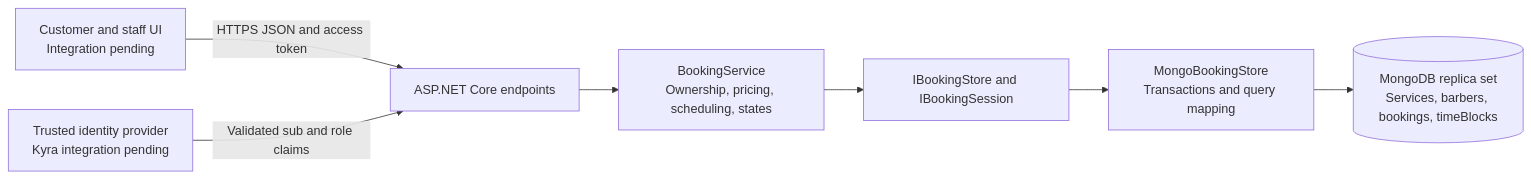
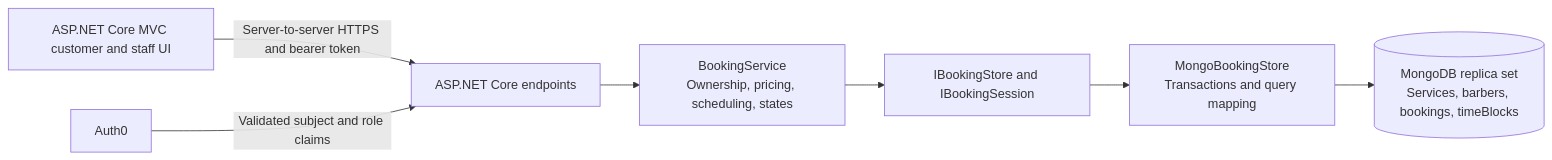
One commit to Kaehil-I/kinsmen-barbershop changed the first of 7 diagrams in docs/backend/ARCHITECTURE.md. Above: the diagram before and after it, drawn with Mermaid. The commit also changed other lines of this file and 1 other file, not shown here.

First line of the commit message:
docs(part2): align architecture evidence with deployed system

````diff
--- a/docs/backend/ARCHITECTURE.md
+++ b/docs/backend/ARCHITECTURE.md
@@ -7,9 +7,9 @@
 ```mermaid
 flowchart LR
-    UI[Customer and staff UI\nIntegration pending] -->|HTTPS JSON and access token| API[ASP.NET Core endpoints]
-    Identity[Trusted identity provider\nKyra integration pending] -->|Validated sub and role claims| API
+    UI[ASP.NET Core MVC customer and staff UI] -->|Server-to-server HTTPS and bearer token| API[ASP.NET Core endpoints]
+    Identity[Auth0] -->|Validated subject and role claims| API
     API --> Rules[BookingService\nOwnership, pricing, scheduling, states]
     Rules --> Interface[IBookingStore and IBookingSession]
     Interface --> Store[MongoBookingStore\nTransactions and query mapping]
     Store --> DB[(MongoDB replica set\nServices, barbers, bookings, timeBlocks)]
 ```
````
